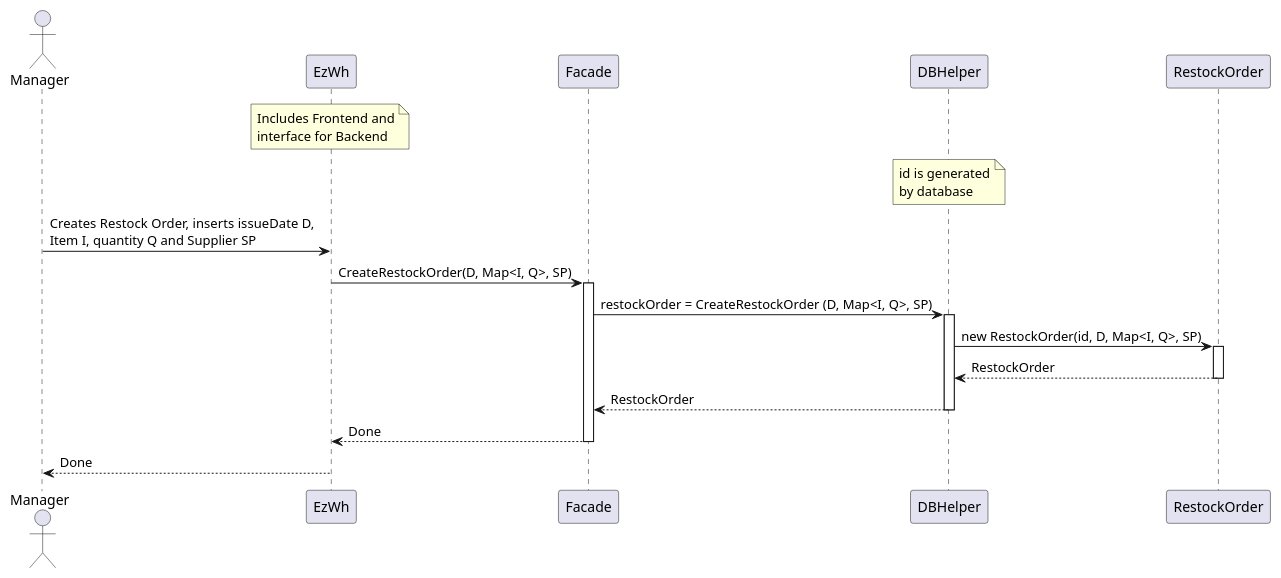
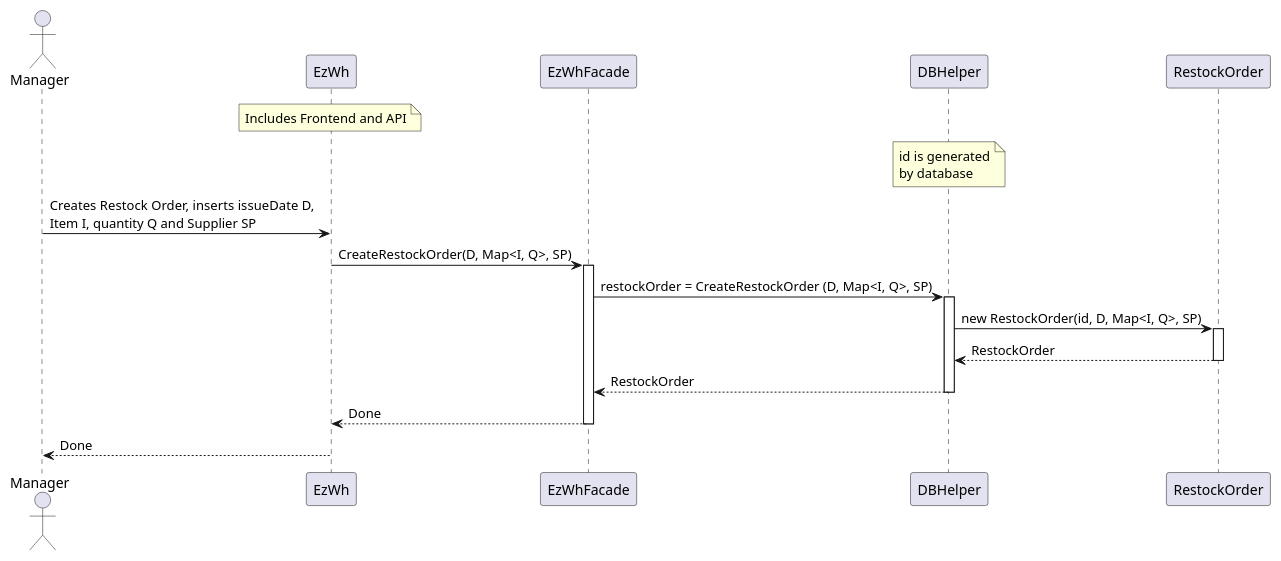
The sixth of 12 diagrams in DesignDocument.md (giuseppe-dandrea/EzWh), drawn with PlantUML before and after one commit. The commit also changed other lines of this file and 1 other file, not shown here.

Commit message:
Added low_level_design_diagram.svg. Changed some terms for consistency.

````diff
--- a/DesignDocument.md
+++ b/DesignDocument.md
@@ -658,24 +662,24 @@
 ```plantuml
 actor Manager
 participant EzWh
-note over EzWh: Includes Frontend and\ninterface for Backend
-participant Facade
+note over EzWh: Includes Frontend and API
+participant EzWhFacade
 participant DBHelper
 note over DBHelper: id is generated\nby database
 participant RestockOrder
 
 Manager -> EzWh: Creates Restock Order, inserts issueDate D,\nItem I, quantity Q and Supplier SP
-EzWh -> Facade: CreateRestockOrder(D, Map<I, Q>, SP)
-activate Facade
-Facade -> DBHelper: restockOrder = CreateRestockOrder (D, Map<I, Q>, SP)
+EzWh -> EzWhFacade: CreateRestockOrder(D, Map<I, Q>, SP)
+activate EzWhFacade
+EzWhFacade -> DBHelper: restockOrder = CreateRestockOrder (D, Map<I, Q>, SP)
 activate DBHelper
 DBHelper -> RestockOrder: new RestockOrder(id, D, Map<I, Q>, SP)
 activate RestockOrder
 RestockOrder --> DBHelper: RestockOrder
 Deactivate RestockOrder
-DBHelper --> Facade: RestockOrder
+DBHelper --> EzWhFacade: RestockOrder
 deactivate DBHelper
-Facade --> EzWh: Done
-deactivate Facade
+EzWhFacade --> EzWh: Done
+deactivate EzWhFacade
 EzWh --> Manager: Done
 ```
````
